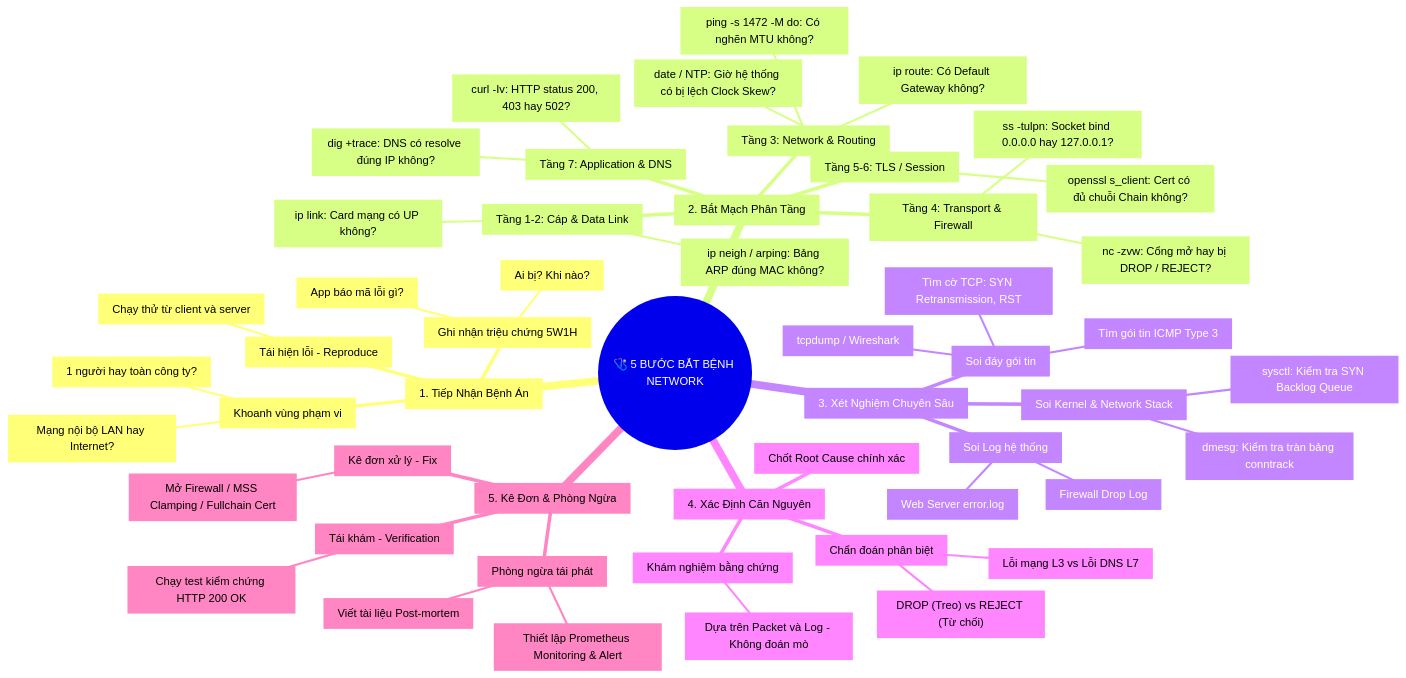
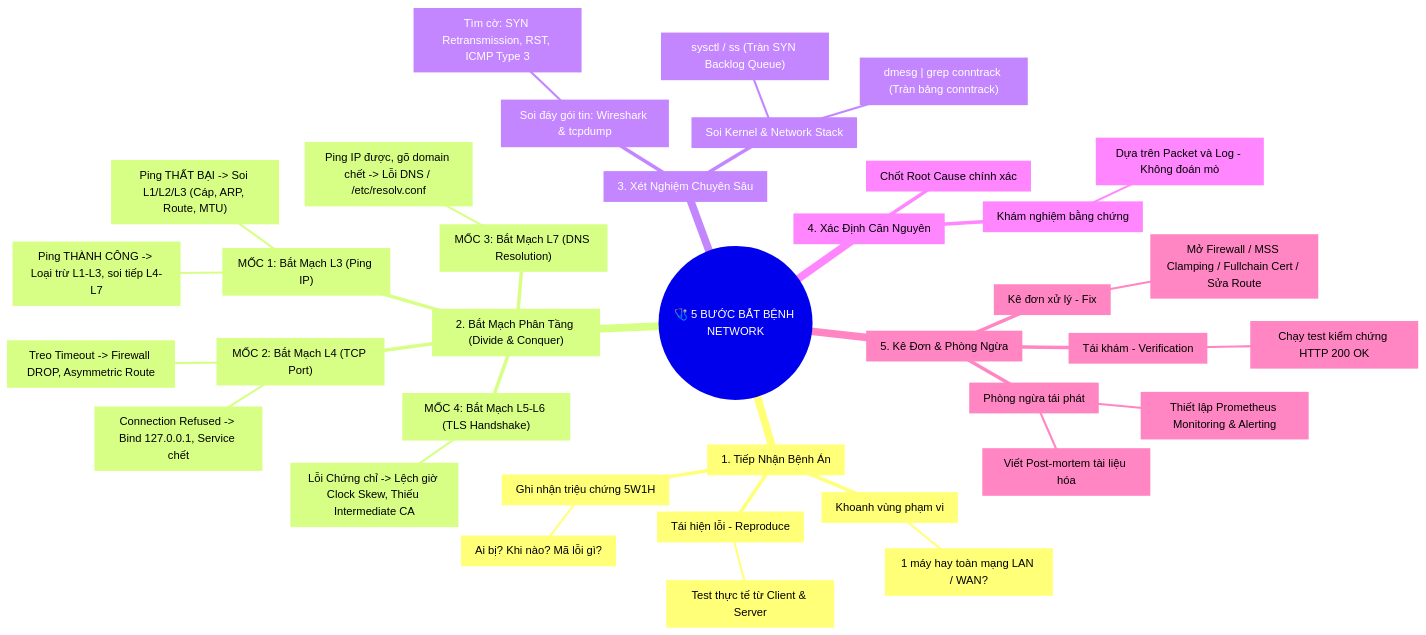
The first of 2 diagrams in network-bat-benh/quy-trinh-bat-benh.md (thangphan205/network-thuc-chien), drawn with Mermaid before and after one commit. The commit also changed other lines of this file, not shown here.

Commit message:
docs(network-bat-benh): lam ro buoc 2 voi chien luoc Divide and Conquer va Decision Tree tung tang OSI

````diff
--- a/network-bat-benh/quy-trinh-bat-benh.md
+++ b/network-bat-benh/quy-trinh-bat-benh.md
@@ -15,55 +15,40 @@
 ```mermaid
 mindmap
   root((🩺 5 BƯỚC BẮT BỆNH NETWORK))
     ["1. Tiếp Nhận Bệnh Án"]
       ["Ghi nhận triệu chứng 5W1H"]
-        ["Ai bị? Khi nào?"]
-        ["App báo mã lỗi gì?"]
+        ["Ai bị? Khi nào? Mã lỗi gì?"]
       ["Khoanh vùng phạm vi"]
-        ["1 người hay toàn công ty?"]
-        ["Mạng nội bộ LAN hay Internet?"]
+        ["1 máy hay toàn mạng LAN / WAN?"]
       ["Tái hiện lỗi - Reproduce"]
-        ["Chạy thử từ client và server"]
-    ["2. Bắt Mạch Phân Tầng"]
-      ["Tầng 1-2: Cáp & Data Link"]
-        ["ip link: Card mạng có UP không?"]
-        ["ip neigh / arping: Bảng ARP đúng MAC không?"]
-      ["Tầng 3: Network & Routing"]
-        ["ip route: Có Default Gateway không?"]
-        ["ping -s 1472 -M do: Có nghẽn MTU không?"]
-      ["Tầng 4: Transport & Firewall"]
-        ["ss -tulpn: Socket bind 0.0.0.0 hay 127.0.0.1?"]
-        ["nc -zvw: Cổng mở hay bị DROP / REJECT?"]
-      ["Tầng 5-6: TLS / Session"]
-        ["openssl s_client: Cert có đủ chuỗi Chain không?"]
-        ["date / NTP: Giờ hệ thống có bị lệch Clock Skew?"]
-      ["Tầng 7: Application & DNS"]
-        ["dig +trace: DNS có resolve đúng IP không?"]
-        ["curl -Iv: HTTP status 200, 403 hay 502?"]
+        ["Test thực tế từ Client & Server"]
+    ["2. Bắt Mạch Phân Tầng (Divide & Conquer)"]
+      ["MỐC 1: Bắt Mạch L3 (Ping IP)"]
+        ["Ping THẤT BẠI -> Soi L1/L2/L3 (Cáp, ARP, Route, MTU)"]
+        ["Ping THÀNH CÔNG -> Loại trừ L1-L3, soi tiếp L4-L7"]
+      ["MỐC 2: Bắt Mạch L4 (TCP Port)"]
+        ["Treo Timeout -> Firewall DROP, Asymmetric Route"]
+        ["Connection Refused -> Bind 127.0.0.1, Service chết"]
+      ["MỐC 3: Bắt Mạch L7 (DNS Resolution)"]
+        ["Ping IP được, gõ domain chết -> Lỗi DNS / /etc/resolv.conf"]
+      ["MỐC 4: Bắt Mạch L5-L6 (TLS Handshake)"]
+        ["Lỗi Chứng chỉ -> Lệch giờ Clock Skew, Thiếu Intermediate CA"]
     ["3. Xét Nghiệm Chuyên Sâu"]
-      ["Soi đáy gói tin"]
-        ["tcpdump / Wireshark"]
-        ["Tìm cờ TCP: SYN Retransmission, RST"]
-        ["Tìm gói tin ICMP Type 3"]
+      ["Soi đáy gói tin: Wireshark & tcpdump"]
+        ["Tìm cờ: SYN Retransmission, RST, ICMP Type 3"]
       ["Soi Kernel & Network Stack"]
-        ["dmesg: Kiểm tra tràn bảng conntrack"]
-        ["sysctl: Kiểm tra SYN Backlog Queue"]
-      ["Soi Log hệ thống"]
-        ["Firewall Drop Log"]
-        ["Web Server error.log"]
+        ["dmesg | grep conntrack (Tràn bảng conntrack)"]
+        ["sysctl / ss (Tràn SYN Backlog Queue)"]
     ["4. Xác Định Căn Nguyên"]
       ["Khám nghiệm bằng chứng"]
         ["Dựa trên Packet và Log - Không đoán mò"]
-      ["Chẩn đoán phân biệt"]
-        ["DROP (Treo) vs REJECT (Từ chối)"]
-        ["Lỗi mạng L3 vs Lỗi DNS L7"]
       ["Chốt Root Cause chính xác"]
     ["5. Kê Đơn & Phòng Ngừa"]
       ["Kê đơn xử lý - Fix"]
-        ["Mở Firewall / MSS Clamping / Fullchain Cert"]
+        ["Mở Firewall / MSS Clamping / Fullchain Cert / Sửa Route"]
       ["Tái khám - Verification"]
         ["Chạy test kiểm chứng HTTP 200 OK"]
       ["Phòng ngừa tái phát"]
-        ["Viết tài liệu Post-mortem"]
-        ["Thiết lập Prometheus Monitoring & Alert"]
+        ["Viết Post-mortem tài liệu hóa"]
+        ["Thiết lập Prometheus Monitoring & Alerting"]
 ```
````
